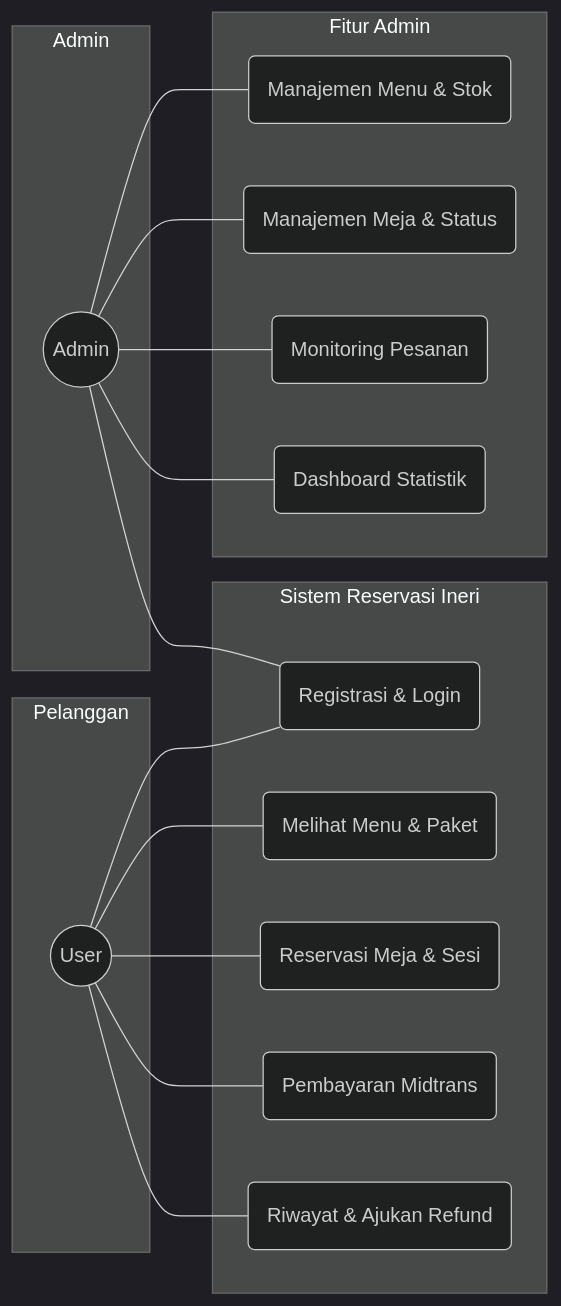
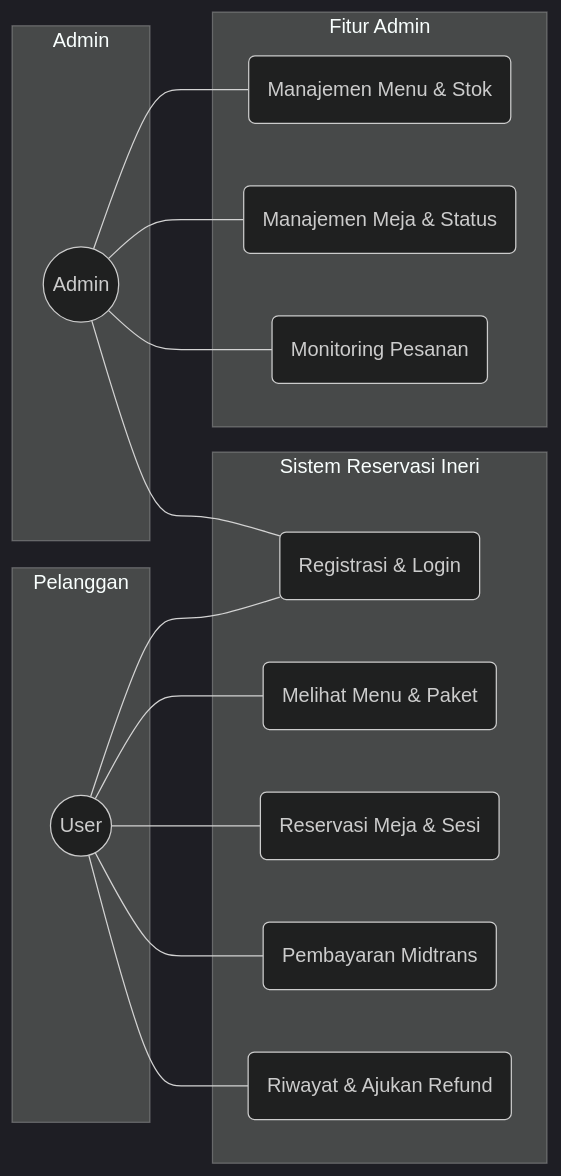
Before and after one commit to AkbarHusaini/website-reservasi-online-Ineri-suki: the first of 6 diagrams in DIAGRAM.md, drawn with Mermaid (dark theme). The commit also changed other lines of this file, not shown here.

Commit message:
docs: restructure sequence diagrams into per-feature sections

````diff
--- a/DIAGRAM.md
+++ b/DIAGRAM.md
@@ -10,37 +8,35 @@
 ```mermaid
 graph LR
     subgraph Pelanggan
         U((User))
     end
 
     subgraph "Sistem Reservasi Ineri"
         UC1(Registrasi & Login)
         UC2(Melihat Menu & Paket)
         UC3(Reservasi Meja & Sesi)
         UC4(Pembayaran Midtrans)
         UC5(Riwayat & Ajukan Refund)
     end
 
     subgraph Admin
         A((Admin))
     end
 
     subgraph "Fitur Admin"
         UC6(Manajemen Menu & Stok)
         UC7(Manajemen Meja & Status)
         UC8(Monitoring Pesanan)
-        UC9(Dashboard Statistik)
     end
 
     U --- UC1
     U --- UC2
     U --- UC3
     U --- UC4
     U --- UC5
 
     A --- UC1
     A --- UC6
     A --- UC7
     A --- UC8
-    A --- UC9
 ```
````
